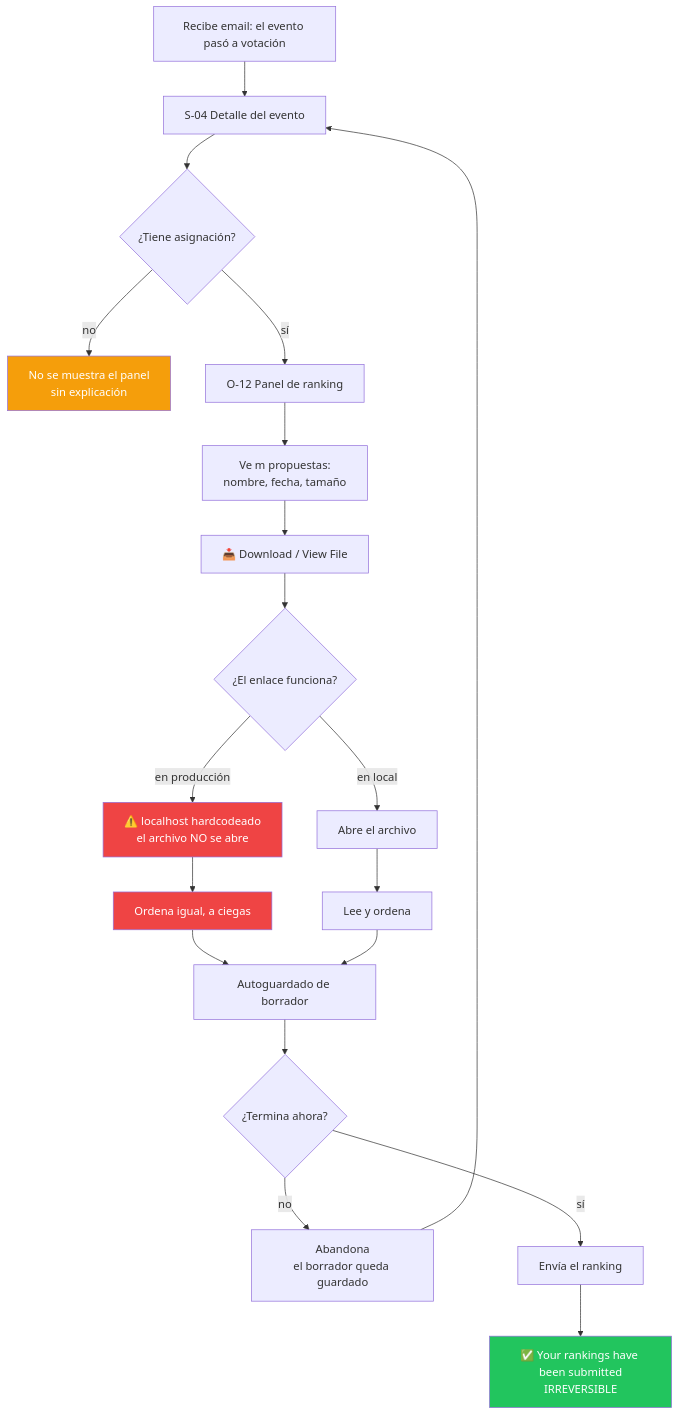
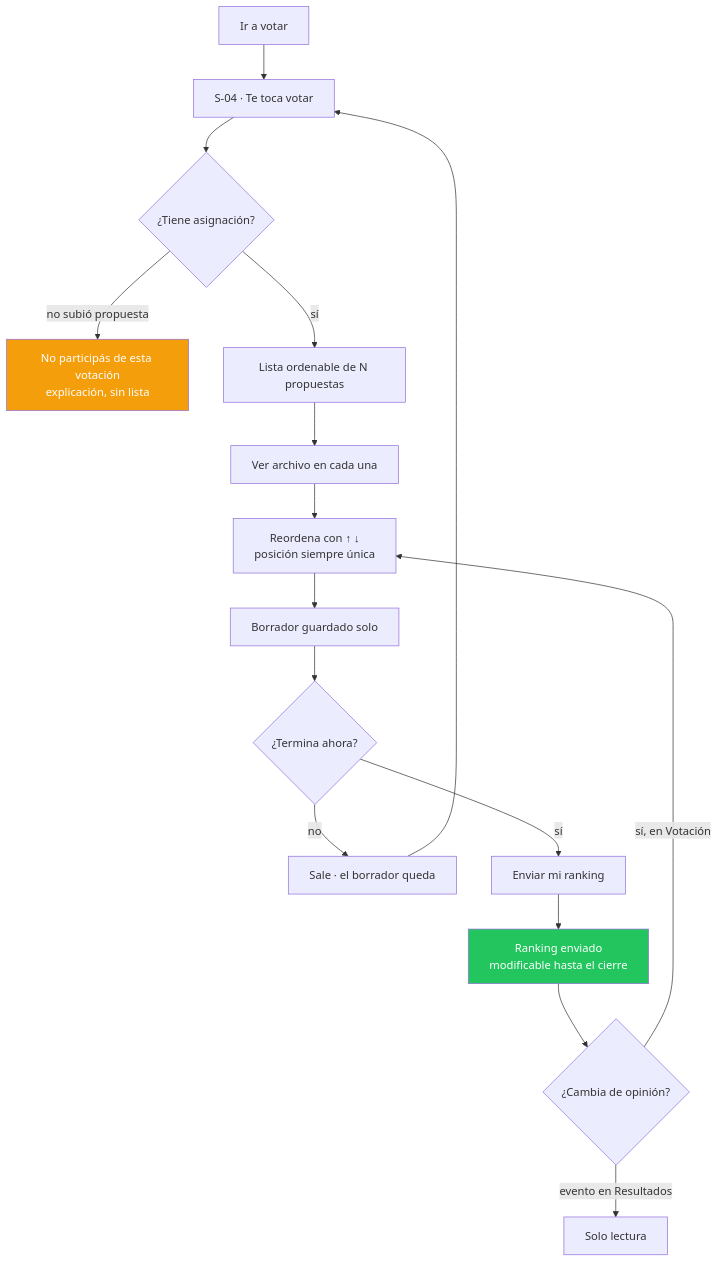
One commit to gravadigital/telescope changed the second of 5 diagrams in docs/ux/surfaces/web/user-flows.md. Above: the diagram before and after it, drawn with Mermaid. The commit also changed other lines of this file and 84 other files, not shown here.

````diff
--- a/docs/ux/surfaces/web/user-flows.md
+++ b/docs/ux/surfaces/web/user-flows.md
@@ -78,26 +81,21 @@
 ```mermaid
 graph TD
-    A[Recibe email: el evento pasó a votación] --> B[S-04 Detalle del evento]
+    A[Ir a votar] --> B[S-04 · Te toca votar]
     B --> C{¿Tiene asignación?}
-    C -->|no| D[No se muestra el panel<br/>sin explicación]
-    C -->|sí| E[O-12 Panel de ranking]
-    E --> F[Ve m propuestas:<br/>nombre, fecha, tamaño]
-    F --> G[📥 Download / View File]
-    G --> H{¿El enlace funciona?}
-    H -->|en producción| I[⚠️ localhost hardcodeado<br/>el archivo NO se abre]
-    H -->|en local| J[Abre el archivo]
-    I --> K[Ordena igual, a ciegas]
-    J --> L[Lee y ordena]
-    K --> M[Autoguardado de borrador]
-    L --> M
-    M --> N{¿Termina ahora?}
-    N -->|no| O[Abandona<br/>el borrador queda guardado]
-    O --> B
-    N -->|sí| P[Envía el ranking]
-    P --> Q[✅ Your rankings have been submitted<br/>IRREVERSIBLE]
+    C -->|no subió propuesta| D[No participás de esta votación<br/>explicación, sin lista]
+    C -->|sí| E[Lista ordenable de N propuestas]
+    E --> F[Ver archivo en cada una]
+    F --> G[Reordena con ↑ ↓<br/>posición siempre única]
+    G --> H[Borrador guardado solo]
+    H --> I{¿Termina ahora?}
+    I -->|no| J[Sale · el borrador queda]
+    J --> B
+    I -->|sí| K[Enviar mi ranking]
+    K --> L[Ranking enviado<br/>modificable hasta el cierre]
+    L --> M{¿Cambia de opinión?}
+    M -->|sí, en Votación| G
+    M -->|evento en Resultados| N[Solo lectura]
 
-    style I fill:#ef4444,color:#fff
-    style K fill:#ef4444,color:#fff
     style D fill:#f59e0b,color:#fff
-    style Q fill:#22c55e,color:#fff
+    style L fill:#22c55e,color:#fff
 ```
````
